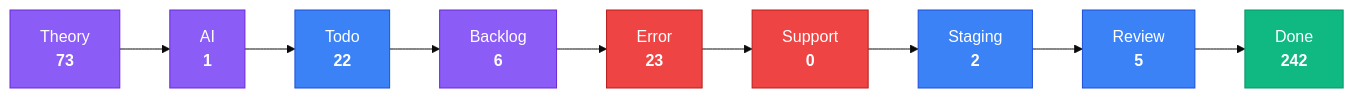
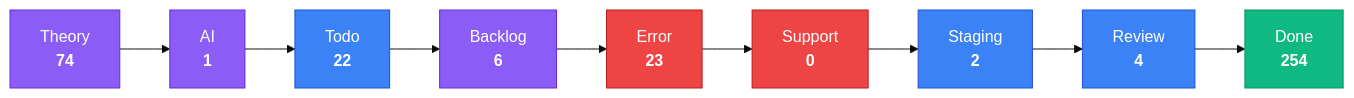
One commit to KBVE/kbve changed the third of 4 diagrams in apps/kbve/astro-kbve/src/content/docs/dashboard/kanban-data.mdx. Above: the diagram before and after it, drawn with Mermaid (base theme). The commit also changed other lines of this file and 2 other files, not shown here.

````diff
--- a/apps/kbve/astro-kbve/src/content/docs/dashboard/kanban-data.mdx
+++ b/apps/kbve/astro-kbve/src/content/docs/dashboard/kanban-data.mdx
@@ -215,28 +215,28 @@
 ```mermaid
 flowchart LR
     classDef planning fill:#8b5cf6,stroke:#6d28d9,color:#fff
     classDef active fill:#3b82f6,stroke:#1d4ed8,color:#fff
     classDef blocked fill:#ef4444,stroke:#b91c1c,color:#fff
     classDef done fill:#10b981,stroke:#059669,color:#fff
-    Theory["Theory<br/><strong>73</strong>"]
+    Theory["Theory<br/><strong>74</strong>"]
     Theory --> AI
     AI["AI<br/><strong>1</strong>"]
     AI --> Todo
     Todo["Todo<br/><strong>22</strong>"]
     Todo --> Backlog
     Backlog["Backlog<br/><strong>6</strong>"]
     Backlog --> Error
     Error["Error<br/><strong>23</strong>"]
     Error --> Support
     Support["Support<br/><strong>0</strong>"]
     Support --> Staging
     Staging["Staging<br/><strong>2</strong>"]
     Staging --> Review
-    Review["Review<br/><strong>5</strong>"]
+    Review["Review<br/><strong>4</strong>"]
     Review --> Done
-    Done["Done<br/><strong>242</strong>"]
+    Done["Done<br/><strong>254</strong>"]
     class Theory,AI,Backlog planning
     class Todo,Staging,Review active
     class Error,Support blocked
     class Done done
 ```
````
